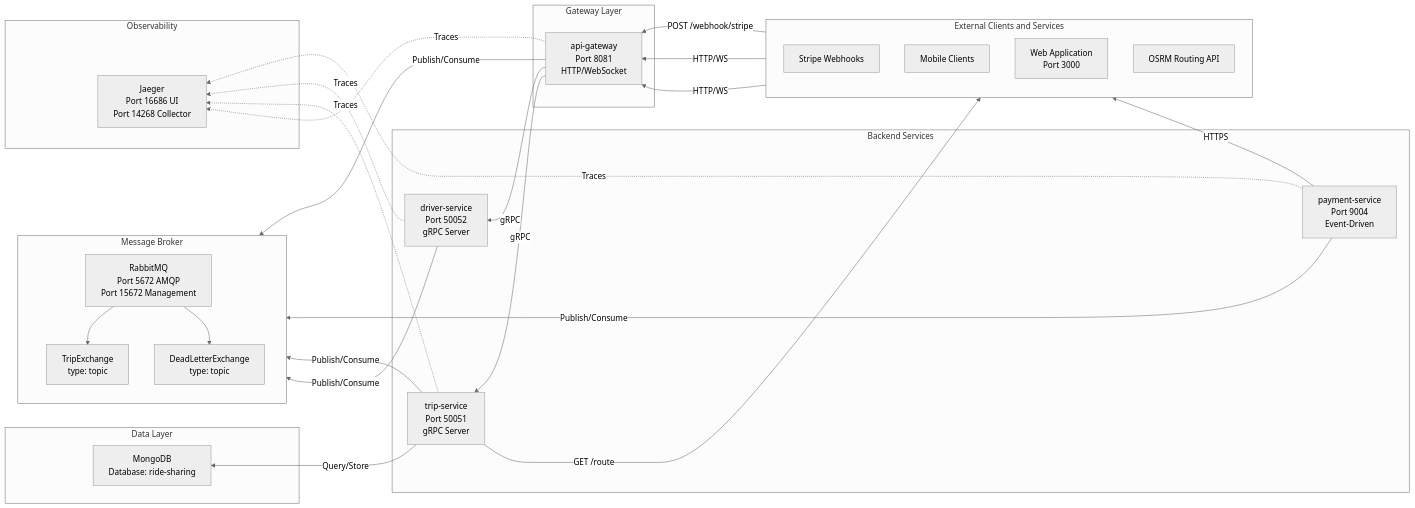
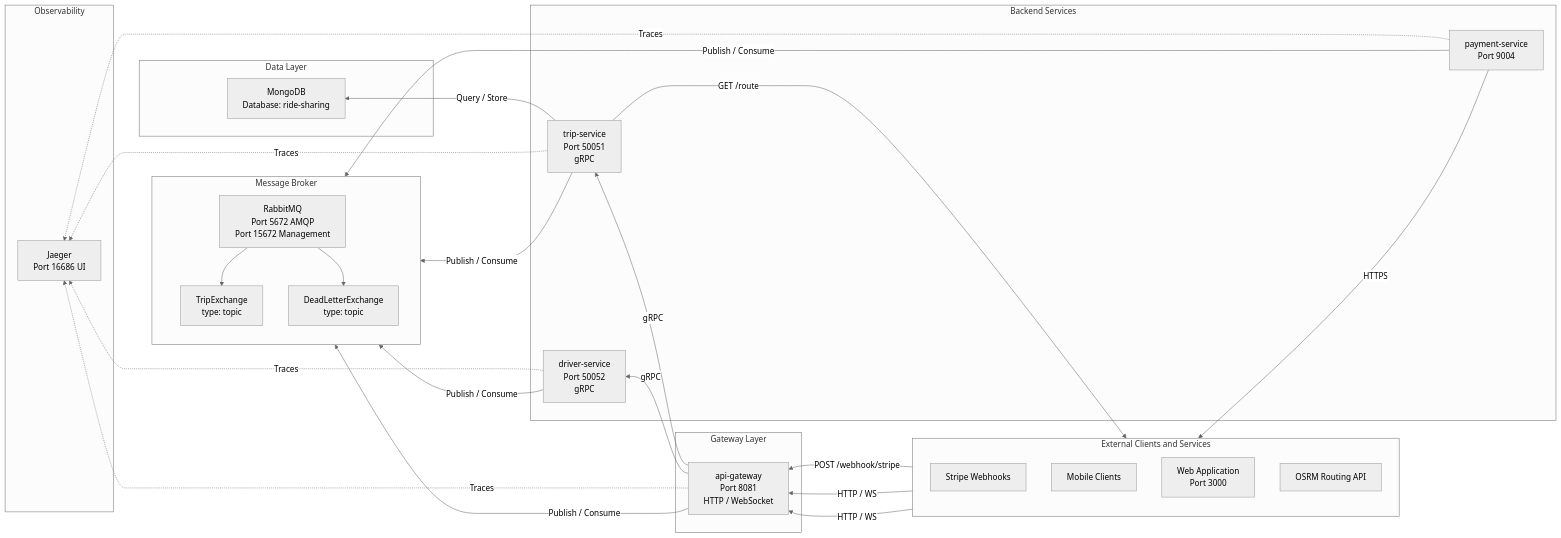
The first of 2 diagrams in README.md (RushikeshBhavsar3605/RideSync), drawn with Mermaid (neutral theme) before and after one commit. The commit also changed other lines of this file, not shown here.

````diff
--- a/README.md
+++ b/README.md
@@ -67,71 +60,60 @@
 ```mermaid
 flowchart RL
-    %% Subgraph Definitions
     subgraph External [External Clients and Services]
         direction TB
         Stripe[Stripe Webhooks]
         Mobile[Mobile Clients]
         Web[Web Application<br/>Port 3000]
         OSRM[OSRM Routing API]
     end
 
     subgraph Gateway [Gateway Layer]
-        APIGW[api-gateway<br/>Port 8081<br/>HTTP/WebSocket]
+        APIGW[api-gateway<br/>Port 8081<br/>HTTP / WebSocket]
     end
 
     subgraph Backend [Backend Services]
-        Payment[payment-service<br/>Port 9004<br/>Event-Driven]
-        Driver[driver-service<br/>Port 50052<br/>gRPC Server]
-        Trip[trip-service<br/>Port 50051<br/>gRPC Server]
+        Payment[payment-service<br/>Port 9004]
+        Driver[driver-service<br/>Port 50052<br/>gRPC]
+        Trip[trip-service<br/>Port 50051<br/>gRPC]
     end
 
     subgraph Broker [Message Broker]
         direction TB
         Rabbit[RabbitMQ<br/>Port 5672 AMQP<br/>Port 15672 Management]
         TripEx[TripExchange<br/>type: topic]
         DLX[DeadLetterExchange<br/>type: topic]
     end
 
     subgraph Data [Data Layer]
         Mongo[MongoDB<br/>Database: ride-sharing]
     end
 
     subgraph Obs [Observability]
-        Jaeger[Jaeger<br/>Port 16686 UI<br/>Port 14268 Collector]
+        Jaeger[Jaeger<br/>Port 16686 UI]
     end
 
-    %% --- Relationships ---
+    Stripe -->|POST /webhook/stripe| APIGW
+    Mobile -->|HTTP / WS| APIGW
+    Web -->|HTTP / WS| APIGW
 
-    %% External to Gateway
-    Stripe -->|POST /webhook/stripe| APIGW
-    Mobile -->|HTTP/WS| APIGW
-    Web -->|HTTP/WS| APIGW
+    APIGW -->|gRPC| Trip
+    APIGW -->|gRPC| Driver
 
-    %% Gateway to Backend
-    APIGW -->|gRPC| Driver
-    APIGW -->|gRPC| Trip
-
-    %% Backend Service Inter-connections & Outbound
     Payment -->|HTTPS| Stripe
     Trip -->|GET /route| OSRM
 
-    %% Database Connections
-    Trip -->|Query/Store| Mongo
+    Trip -->|Query / Store| Mongo
 
-    %% Message Broker Connections
-    APIGW -->|Publish/Consume| Rabbit
-    Payment -->|Publish/Consume| Rabbit
-    Trip -->|Publish/Consume| Rabbit
-    Driver -->|Publish/Consume| Rabbit
+    APIGW -->|Publish / Consume| Rabbit
+    Payment -->|Publish / Consume| Rabbit
+    Trip -->|Publish / Consume| Rabbit
+    Driver -->|Publish / Consume| Rabbit
 
-    %% Broker Internal Exchanges
     Rabbit --> TripEx
     Rabbit --> DLX
 
-    %% Observability (Traces)
-    %% Using dotted lines
-    Payment -.->|Traces| Jaeger
-    Driver -.->|Traces| Jaeger
-    Trip -.->|Traces| Jaeger
-    APIGW -.->|Traces| Jaeger
+    Payment -..->|Traces| Jaeger
+    Driver -..->|Traces| Jaeger
+    Trip -..->|Traces| Jaeger
+    APIGW -..->|Traces| Jaeger
 ```
````
